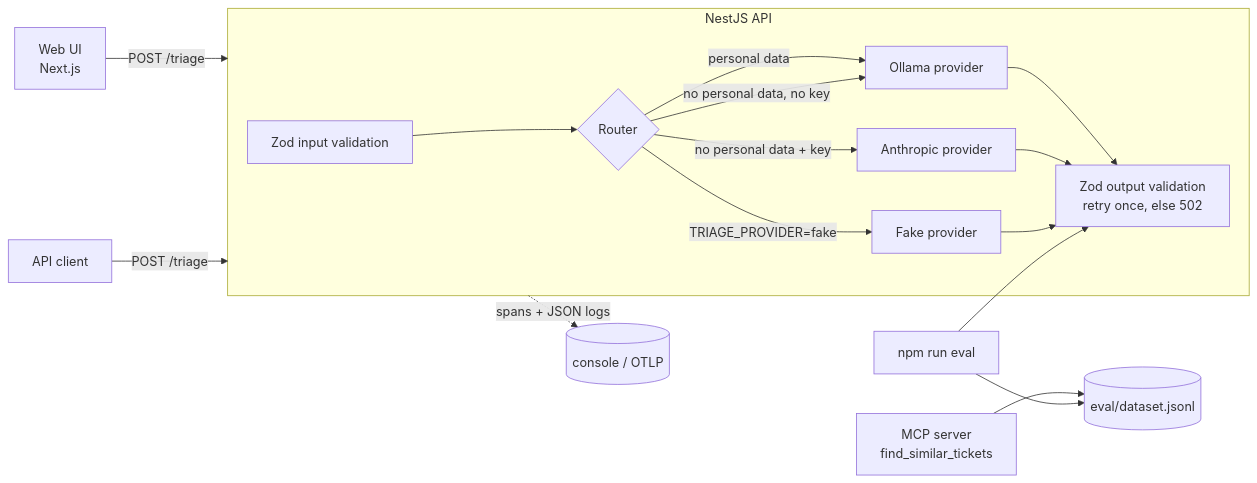
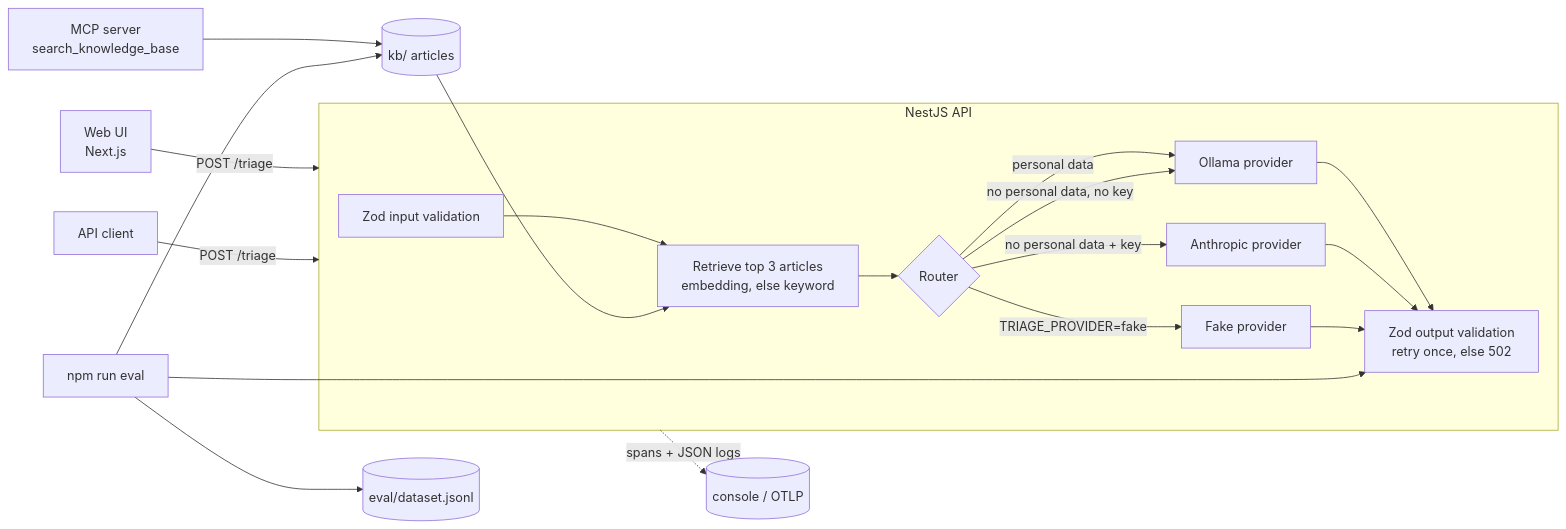
The first of 2 diagrams in README.md (sppant/ticket-triage), drawn with Mermaid before and after one commit. The commit also changed other lines of this file and 3 other files, not shown here.

````diff
--- a/README.md
+++ b/README.md
@@ -65,17 +72,20 @@
 ```mermaid
 flowchart LR
   UI[Web UI<br/>Next.js] -->|POST /triage| API
   Client[API client] -->|POST /triage| API
   subgraph API [NestJS API]
-    V[Zod input validation] --> R{Router}
+    V[Zod input validation] --> RT[Retrieve top 3 articles<br/>embedding, else keyword]
+    RT --> R{Router}
     R -->|personal data| L[Ollama provider]
     R -->|no personal data + key| H[Anthropic provider]
     R -->|no personal data, no key| L
     R -->|TRIAGE_PROVIDER=fake| F[Fake provider]
     L & H & F --> O[Zod output validation<br/>retry once, else 502]
   end
   API -.spans + JSON logs.-> OT[(console / OTLP)]
   Eval[npm run eval] --> O
-  MCP[MCP server<br/>find_similar_tickets] --> DS[(eval/dataset.jsonl)]
-  Eval --> DS
+  KB[(kb/ articles)] --> RT
+  MCP[MCP server<br/>search_knowledge_base] --> KB
+  Eval --> KB
+  Eval --> DS[(eval/dataset.jsonl)]
 ```
````
